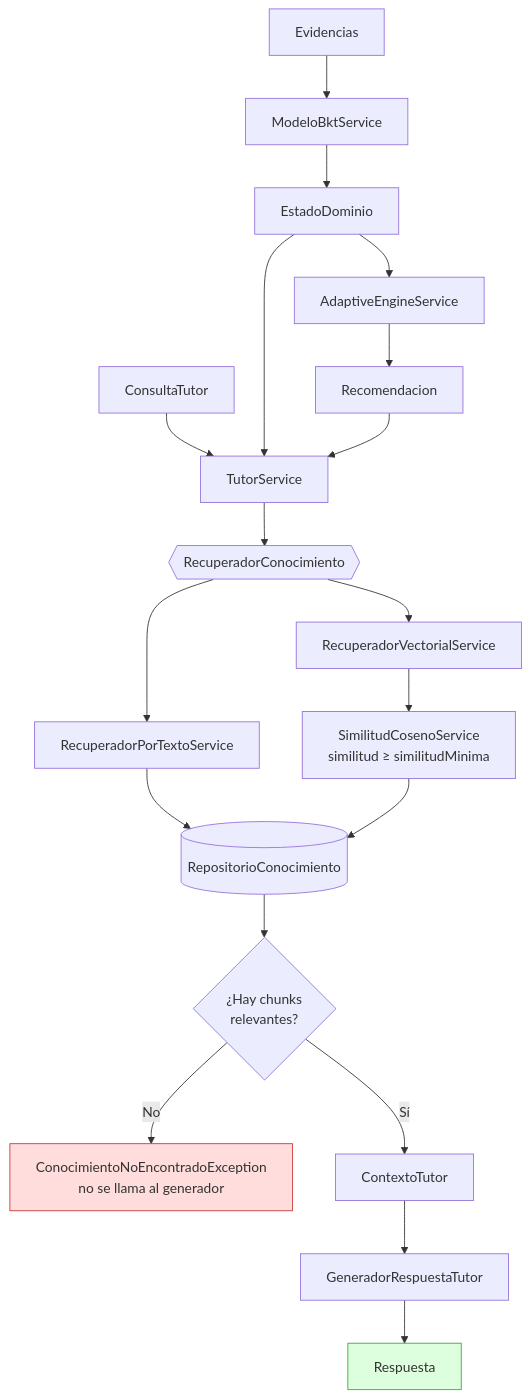
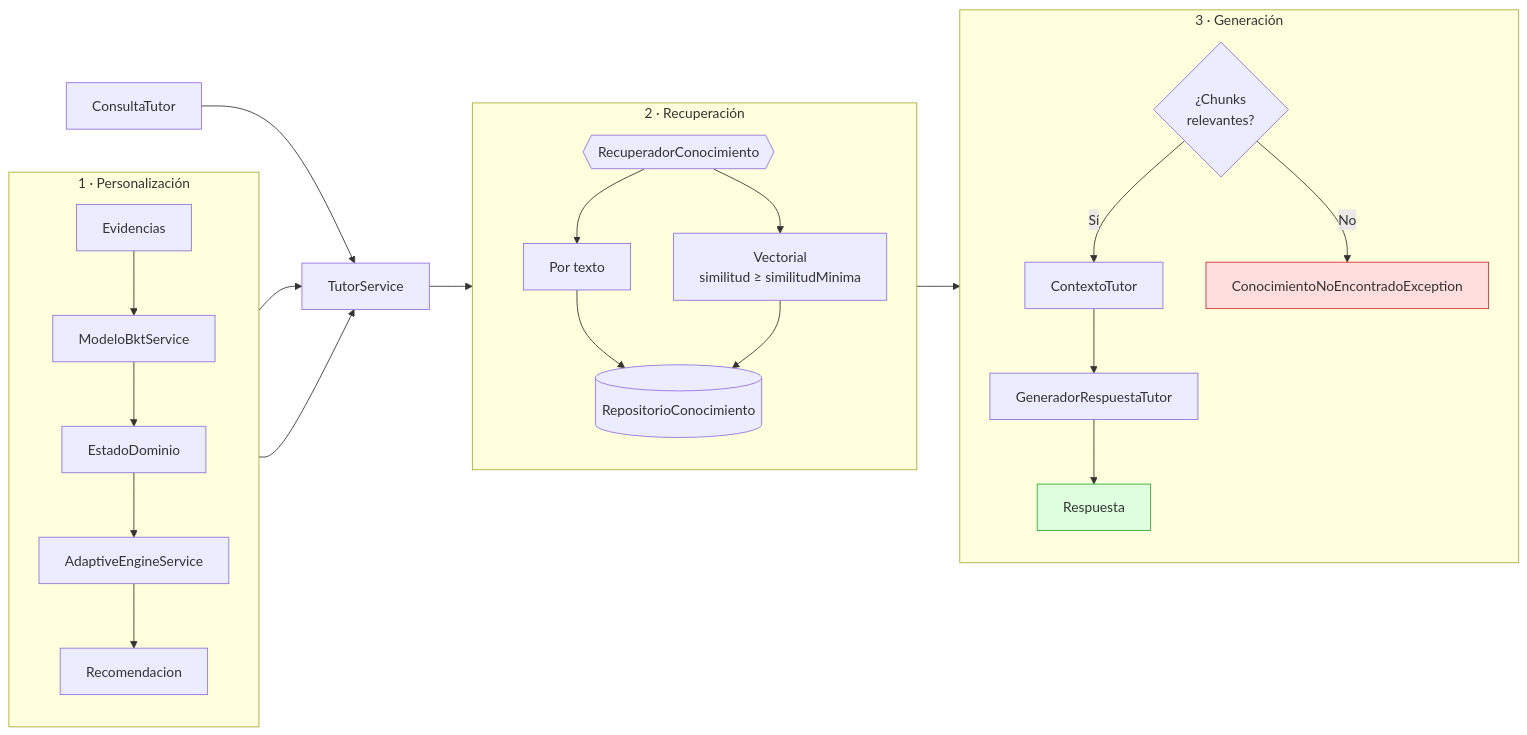
Before and after one commit to elvisllampasi27-oss/academiapp_v2: the fourth of 5 diagrams in README.md, drawn with Mermaid. The commit also changed other lines of this file, not shown here.

Commit message:
docs: agregar diagramas BKT, secuencia del tutor y decisiones de diseno al README

````diff
--- a/README.md
+++ b/README.md
@@ -160,27 +184,35 @@
 ```mermaid
-flowchart TD
-    EV[Evidencias] --> BKT[ModeloBktService]
-    BKT --> ED[EstadoDominio]
-    ED --> AE[AdaptiveEngineService]
-    AE --> REC[Recomendacion]
+flowchart LR
+    subgraph Personalizacion["1 · Personalización"]
+        direction TB
+        EV[Evidencias] --> BKT[ModeloBktService]
+        BKT --> ED[EstadoDominio]
+        ED --> AE[AdaptiveEngineService]
+        AE --> REC[Recomendacion]
+    end
+
+    subgraph Recuperacion["2 · Recuperación"]
+        direction TB
+        RCON{{RecuperadorConocimiento}}
+        RCON --> RT[Por texto]
+        RCON --> RV["Vectorial<br/>similitud ≥ similitudMinima"]
+        RT --> REPO[(RepositorioConocimiento)]
+        RV --> REPO
+    end
+
+    subgraph Generacion["3 · Generación"]
+        direction TB
+        Q{¿Chunks<br/>relevantes?}
+        Q -- Sí --> CTX[ContextoTutor] --> GEN[GeneradorRespuestaTutor] --> RESP[Respuesta]
+        Q -- No --> EX[ConocimientoNoEncontradoException]
+    end
 
     CT[ConsultaTutor] --> TS[TutorService]
     ED --> TS
     REC --> TS
-
-    TS --> RCON{{RecuperadorConocimiento}}
-    RCON --> RT[RecuperadorPorTextoService]
-    RCON --> RV[RecuperadorVectorialService]
-    RV --> SC[SimilitudCosenoService<br/>similitud ≥ similitudMinima]
-    RT --> REPO[(RepositorioConocimiento)]
-    SC --> REPO
-
-    REPO --> Q{¿Hay chunks<br/>relevantes?}
-    Q -- No --> EX[ConocimientoNoEncontradoException<br/>no se llama al generador]
-    Q -- Sí --> CTX[ContextoTutor]
-    CTX --> GEN[GeneradorRespuestaTutor]
-    GEN --> RESP[Respuesta]
+    TS --> RCON
+    REPO --> Q
 
     style EX fill:#fdd,stroke:#c33
     style RESP fill:#dfd,stroke:#3a3
 ```
````
